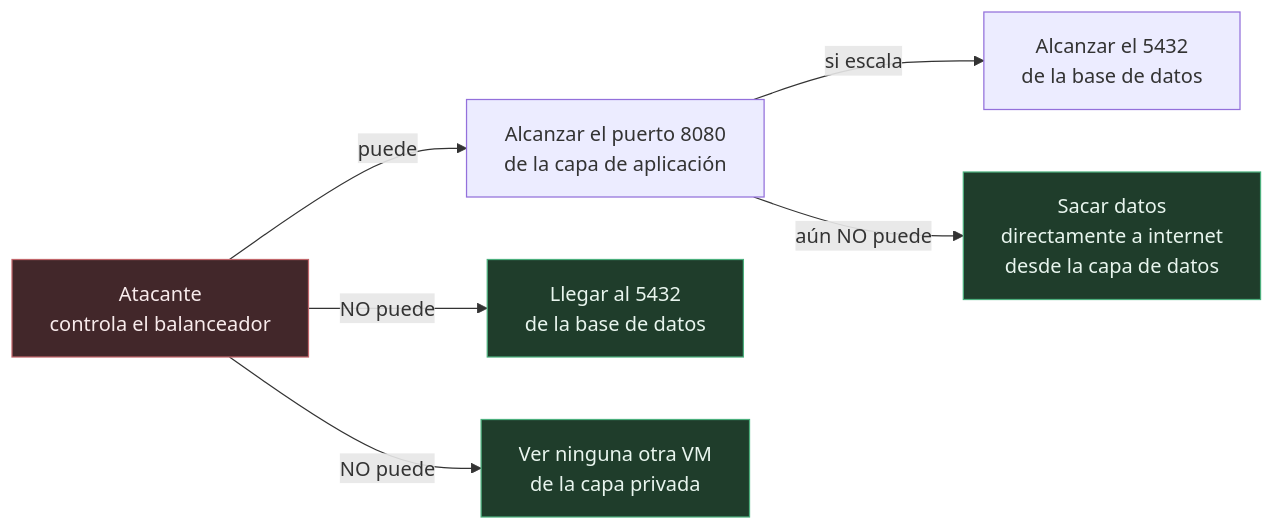
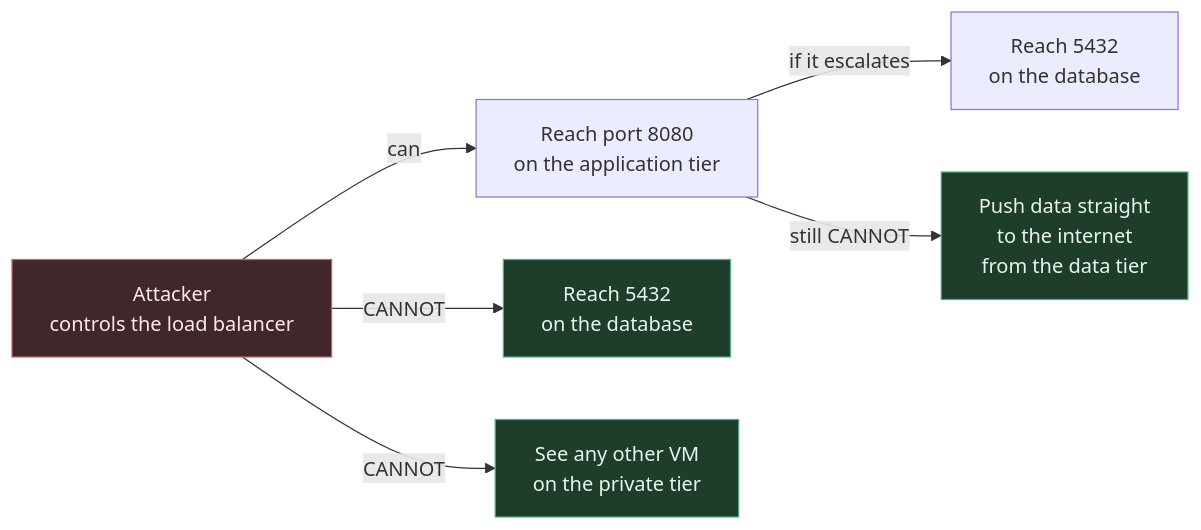
The second of 6 diagrams in README.md (Rxcxrdx/aws-three-tier-vpc-terraform), drawn with Mermaid before and after one commit. The commit also changed other lines of this file, not shown here.

````diff
--- a/README.md
+++ b/README.md
@@ -83,16 +112,16 @@
 ```mermaid
 flowchart LR
-    ATK["Atacante<br/>controla el balanceador"]
+    ATK["Attacker<br/>controls the load balancer"]
 
-    ATK -->|"puede"| A1["Alcanzar el puerto 8080<br/>de la capa de aplicación"]
-    ATK -->|"NO puede"| B1["Llegar al 5432<br/>de la base de datos"]
-    ATK -->|"NO puede"| B2["Ver ninguna otra VM<br/>de la capa privada"]
+    ATK -->|"can"| A1["Reach port 8080<br/>on the application tier"]
+    ATK -->|"CANNOT"| B1["Reach 5432<br/>on the database"]
+    ATK -->|"CANNOT"| B2["See any other VM<br/>on the private tier"]
 
-    A1 -->|"si escala"| C1["Alcanzar el 5432<br/>de la base de datos"]
-    A1 -->|"aún NO puede"| D1["Sacar datos<br/>directamente a internet<br/>desde la capa de datos"]
+    A1 -->|"if it escalates"| C1["Reach 5432<br/>on the database"]
+    A1 -->|"still CANNOT"| D1["Push data straight<br/>to the internet<br/>from the data tier"]
 
     style ATK fill:#42272a,stroke:#c1666b,color:#f8ebec
     style B1 fill:#1f3d2b,stroke:#4caf7d,color:#e8f5ee
     style B2 fill:#1f3d2b,stroke:#4caf7d,color:#e8f5ee
     style D1 fill:#1f3d2b,stroke:#4caf7d,color:#e8f5ee
 ```
````
